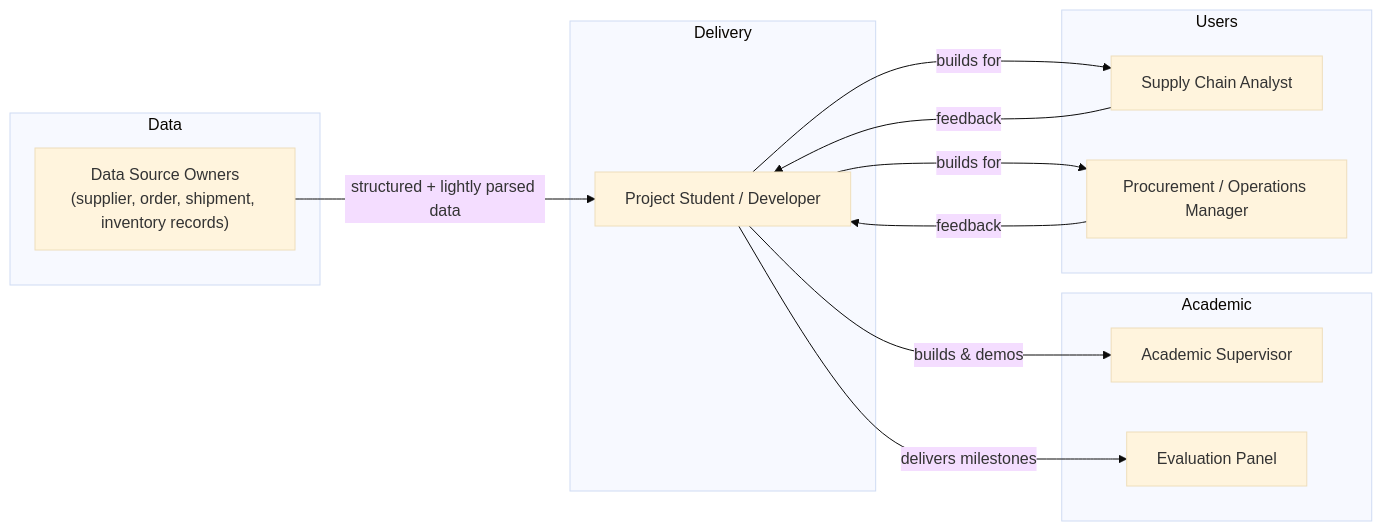
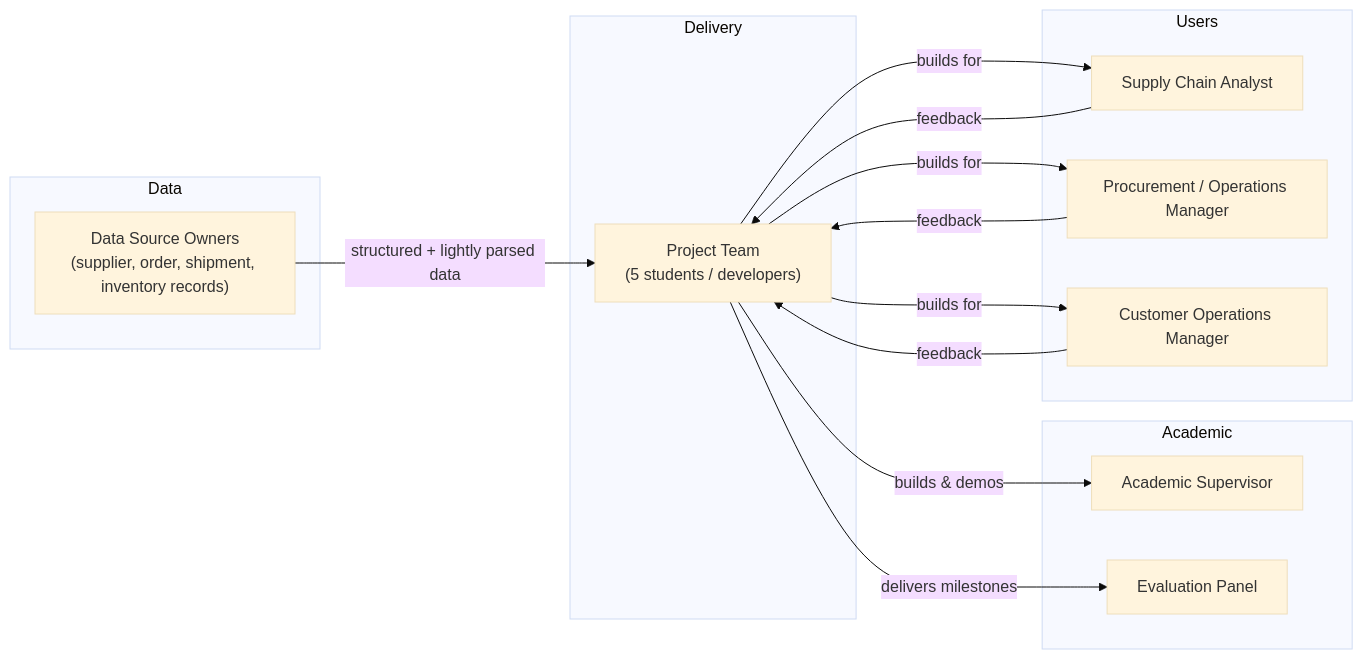
The first of 2 diagrams in docs/01_Product_Requirement_Document.md (murali-ftw/ChainPilot), drawn with Mermaid (base theme) before and after one commit. The commit also changed other lines of this file and 17 other files, not shown here.

````diff
--- a/docs/01_Product_Requirement_Document.md
+++ b/docs/01_Product_Requirement_Document.md
@@ -122,25 +138,28 @@
 ```mermaid
 flowchart LR
     subgraph Academic
         SUP["Academic Supervisor"]
         EVAL["Evaluation Panel"]
     end
     subgraph Delivery
-        DEV["Project Student / Developer"]
+        DEV["Project Team\n(5 students / developers)"]
     end
     subgraph Users
         ANALYST["Supply Chain Analyst"]
         PROC["Procurement / Operations Manager"]
+        CUSTOPS["Customer Operations Manager"]
     end
     subgraph Data
         SRC["Data Source Owners\n(supplier, order, shipment, inventory records)"]
     end
 
     DEV -->|builds & demos| SUP
     DEV -->|delivers milestones| EVAL
     DEV -->|builds for| ANALYST
     DEV -->|builds for| PROC
+    DEV -->|builds for| CUSTOPS
     SRC -->|structured + lightly parsed data| DEV
     ANALYST -->|feedback| DEV
     PROC -->|feedback| DEV
+    CUSTOPS -->|feedback| DEV
 ```
````
